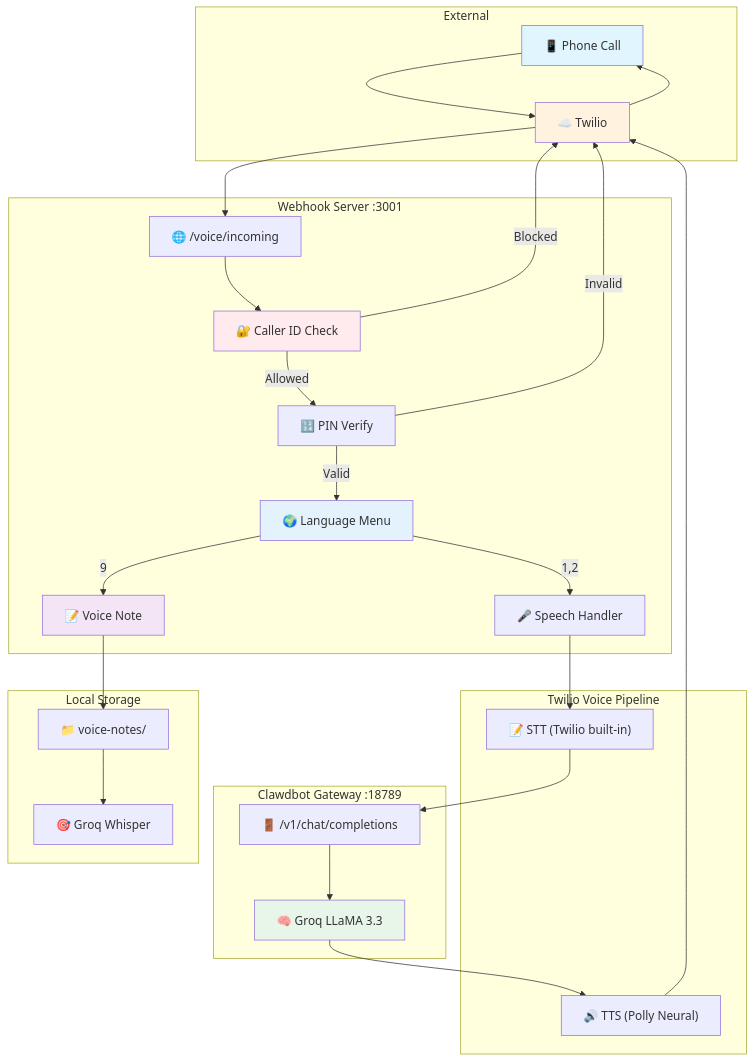
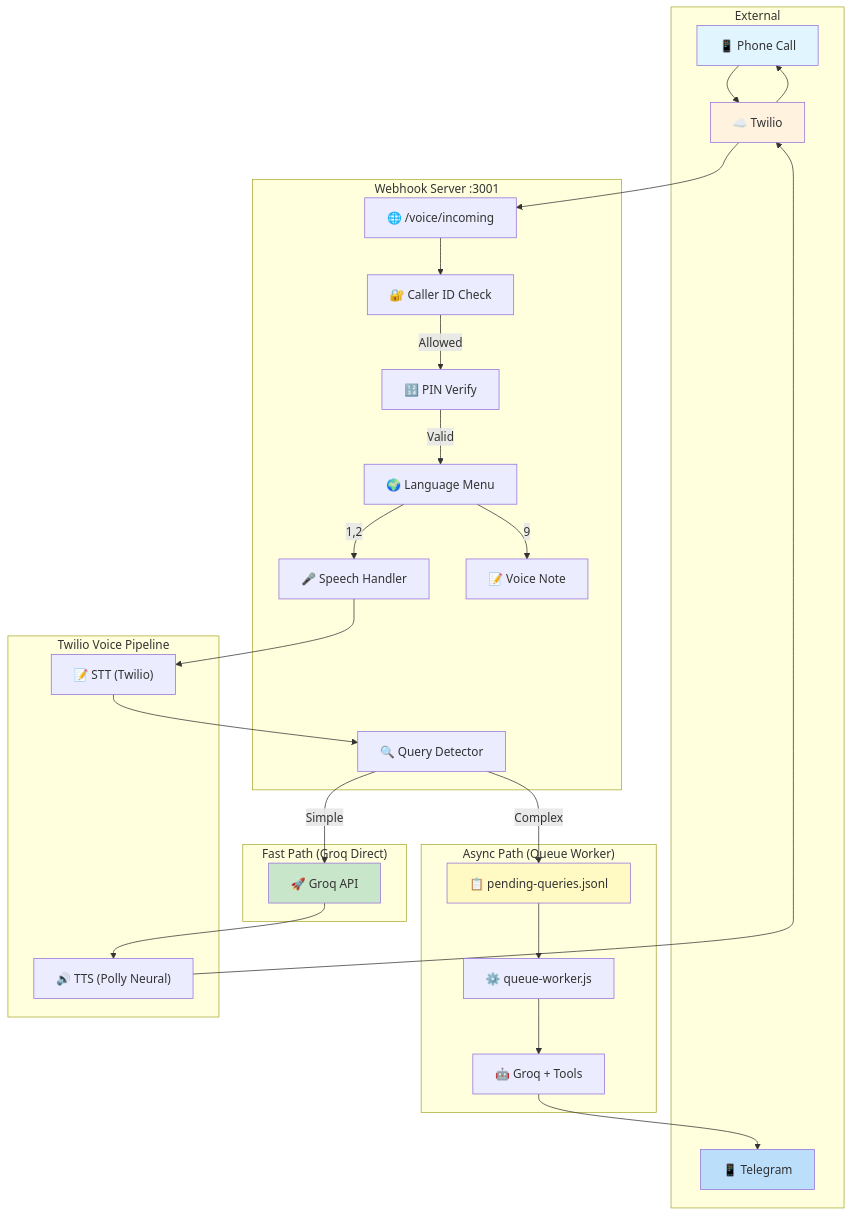
Before and after one commit to CodaLabs-xyz/openclaw-twilio-voice-skill: the first of 5 diagrams in README.md, drawn with Mermaid. The commit also changed other lines of this file and 3 other files, not shown here.

First line of the commit message:
feat: add async query processing with Telegram follow-up

````diff
--- a/README.md
+++ b/README.md
@@ -19,56 +21,57 @@
 ```mermaid
 graph TB
     subgraph External["External"]
         Phone["📱 Phone Call"]
         Twilio["☁️ Twilio"]
+        Telegram["📱 Telegram"]
     end
     
     subgraph Server["Webhook Server :3001"]
         Webhook["🌐 /voice/incoming"]
         Auth["🔐 Caller ID Check"]
         PIN["🔢 PIN Verify"]
         Menu["🌍 Language Menu"]
         Speech["🎤 Speech Handler"]
         VoiceNote["📝 Voice Note"]
+        Detect["🔍 Query Detector"]
     end
     
-    subgraph Agent["Clawdbot Gateway :18789"]
-        Gateway["🚪 /v1/chat/completions"]
-        LLM["🧠 Groq LLaMA 3.3"]
+    subgraph Fast["Fast Path (Groq Direct)"]
+        GroqFast["🚀 Groq API"]
+    end
+    
+    subgraph Async["Async Path (Queue Worker)"]
+        Queue["📋 pending-queries.jsonl"]
+        Worker["⚙️ queue-worker.js"]
+        GroqAsync["🤖 Groq + Tools"]
     end
     
     subgraph Voice["Twilio Voice Pipeline"]
-        STT["📝 STT (Twilio built-in)"]
+        STT["📝 STT (Twilio)"]
         TTS["🔊 TTS (Polly Neural)"]
-    end
-    
-    subgraph Storage["Local Storage"]
-        Notes["📁 voice-notes/"]
-        Transcribe["🎯 Groq Whisper"]
     end
     
     Phone --> Twilio
     Twilio --> Webhook
     Webhook --> Auth
-    Auth -->|Blocked| Twilio
     Auth -->|Allowed| PIN
-    PIN -->|Invalid| Twilio
     PIN -->|Valid| Menu
     Menu -->|1,2| Speech
     Menu -->|9| VoiceNote
-    VoiceNote --> Notes
-    Notes --> Transcribe
     Speech --> STT
-    STT --> Gateway
-    Gateway --> LLM
-    LLM --> TTS
+    STT --> Detect
+    Detect -->|Simple| GroqFast
+    Detect -->|Complex| Queue
+    GroqFast --> TTS
     TTS --> Twilio
     Twilio --> Phone
+    Queue --> Worker
+    Worker --> GroqAsync
+    GroqAsync --> Telegram
     
     style Phone fill:#e1f5fe
     style Twilio fill:#fff3e0
-    style Auth fill:#ffebee
-    style LLM fill:#e8f5e9
-    style Menu fill:#e3f2fd
-    style VoiceNote fill:#f3e5f5
+    style GroqFast fill:#c8e6c9
+    style Queue fill:#fff9c4
+    style Telegram fill:#bbdefb
 ```
````
